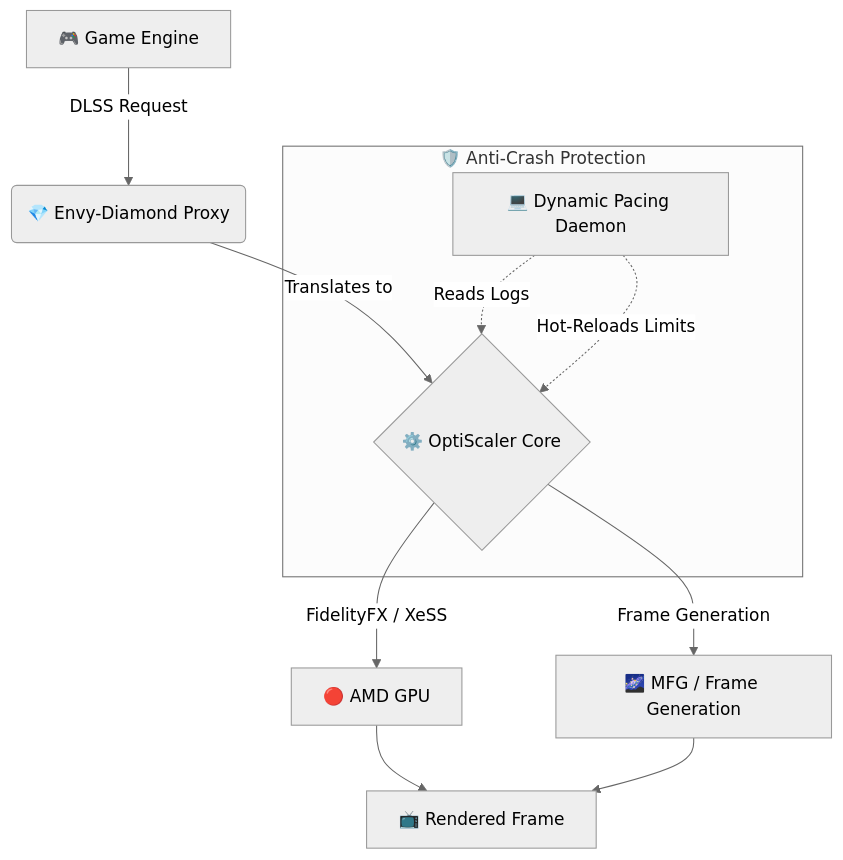
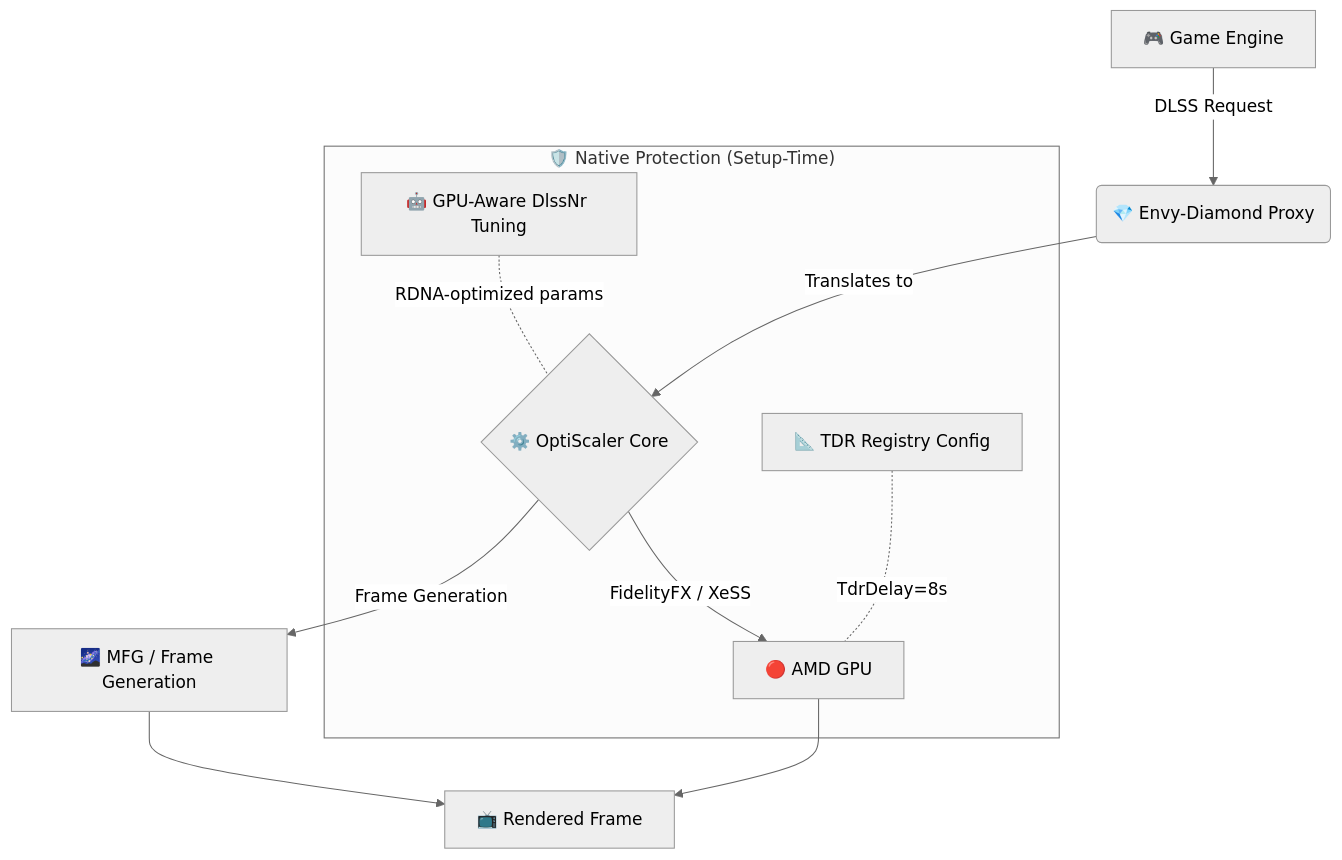
The diagram in README.md (mnector/ED2), drawn with Mermaid (neutral theme) before and after one commit. The commit also changed other lines of this file and 3 other files, not shown here.

First line of the commit message:
v2: Internalize AMD HIP timeout fix — replace daemon with native TDR config

````diff
--- a/README.md
+++ b/README.md
@@ -39,14 +37,14 @@
 ```mermaid
 graph TD
     A["🎮 Game Engine"] -->|"DLSS Request"| B("💎 Envy-Diamond Proxy")
     B -->|"Translates to"| C{"⚙️ OptiScaler Core"}
     C -->|"FidelityFX / XeSS"| D["🔴 AMD GPU"]
     C -->|"Frame Generation"| E["🌌 MFG / Frame Generation"]
     D --> F["📺 Rendered Frame"]
     E --> F
     
-    subgraph Protection ["🛡️ Anti-Crash Protection"]
-        G["💻 Dynamic Pacing Daemon"] -.->|"Reads Logs"| C
-        G -.->|"Hot-Reloads Limits"| C
+    subgraph NativeProtection ["🛡️ Native Protection (Setup-Time)"]
+        G["📐 TDR Registry Config"] -.-|"TdrDelay=8s"| D
+        H["🤖 GPU-Aware DlssNr Tuning"] -.-|"RDNA-optimized params"| C
     end
 ```
````
